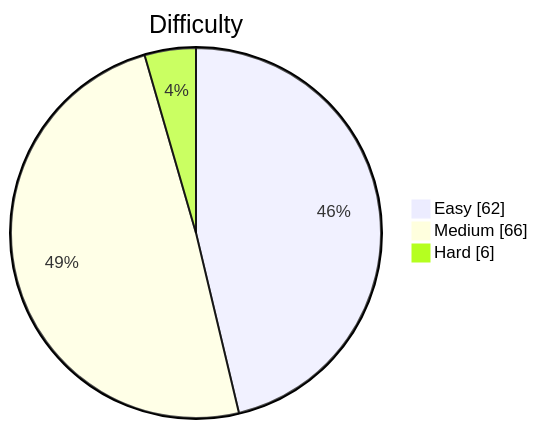
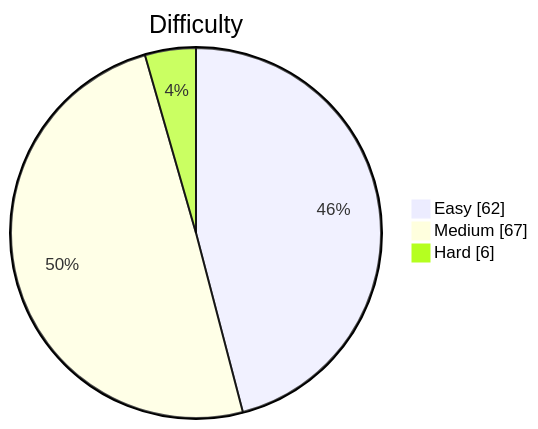
The diagram in README.md (kevstevie/python-algo-practice), drawn with Mermaid before and after one commit. The commit also changed other lines of this file, not shown here.

````diff
--- a/README.md
+++ b/README.md
@@ -13,7 +13,7 @@
 ```mermaid
 pie showData
     title Difficulty
     "Easy"   : 62
-    "Medium" : 66
+    "Medium" : 67
     "Hard"   : 6
 ```
````
